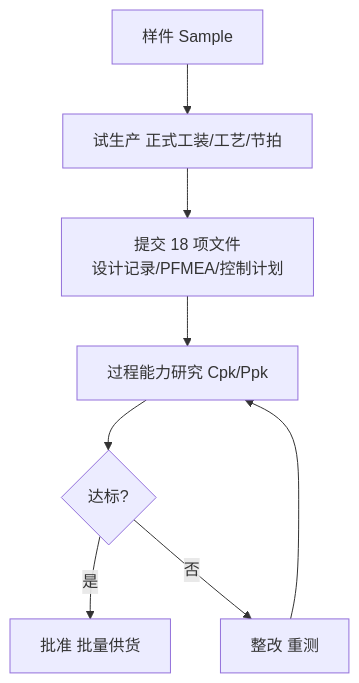
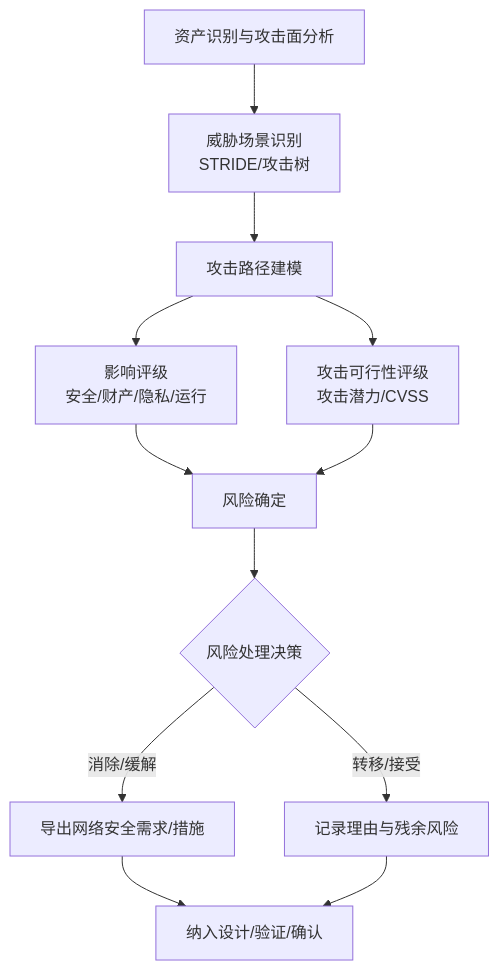
The fourth of 10 diagrams in articles/18-automotive-cert.md (1208826038/embedded-skill-notes), drawn with Mermaid before and after one commit. The commit also changed other lines of this file, not shown here.

````diff
--- a/articles/18-automotive-cert.md
+++ b/articles/18-automotive-cert.md
@@ -53,10 +295,14 @@
 ```mermaid
 flowchart TD
-    A[样件 Sample] --> B[试生产 正式工装/工艺/节拍]
-    B --> C[提交 18 项文件<br/>设计记录/PFMEA/控制计划]
-    C --> D[过程能力研究 Cpk/Ppk]
-    D --> E{达标?}
-    E -->|是| F[批准 批量供货]
-    E -->|否| G[整改 重测]
-    G --> D
+    A[资产识别与攻击面分析] --> B[威胁场景识别<br/>STRIDE/攻击树]
+    B --> C[攻击路径建模]
+    C --> D[影响评级<br/>安全/财产/隐私/运行]
+    C --> E[攻击可行性评级<br/>攻击潜力/CVSS]
+    D --> F[风险确定]
+    E --> F
+    F --> G{风险处理决策}
+    G -->|消除/缓解| H[导出网络安全需求/措施]
+    G -->|转移/接受| I[记录理由与残余风险]
+    H --> J[纳入设计/验证/确认]
+    I --> J
 ```
````
